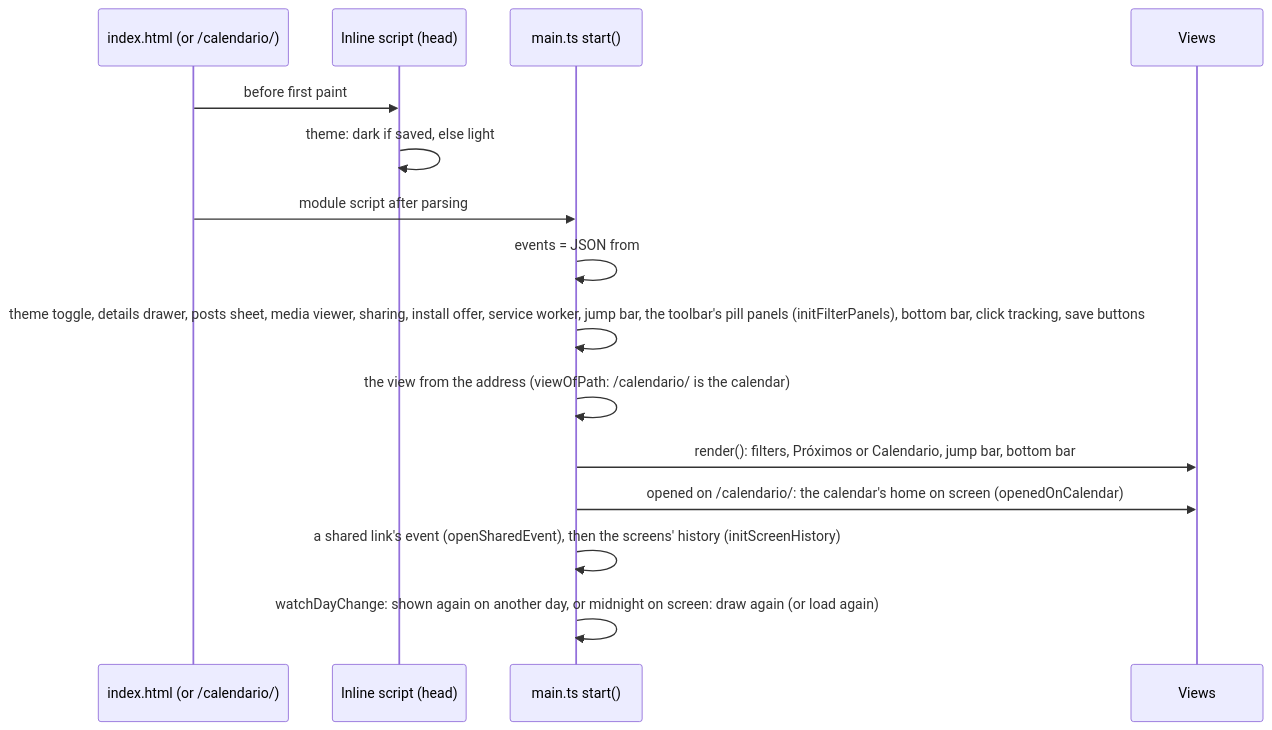
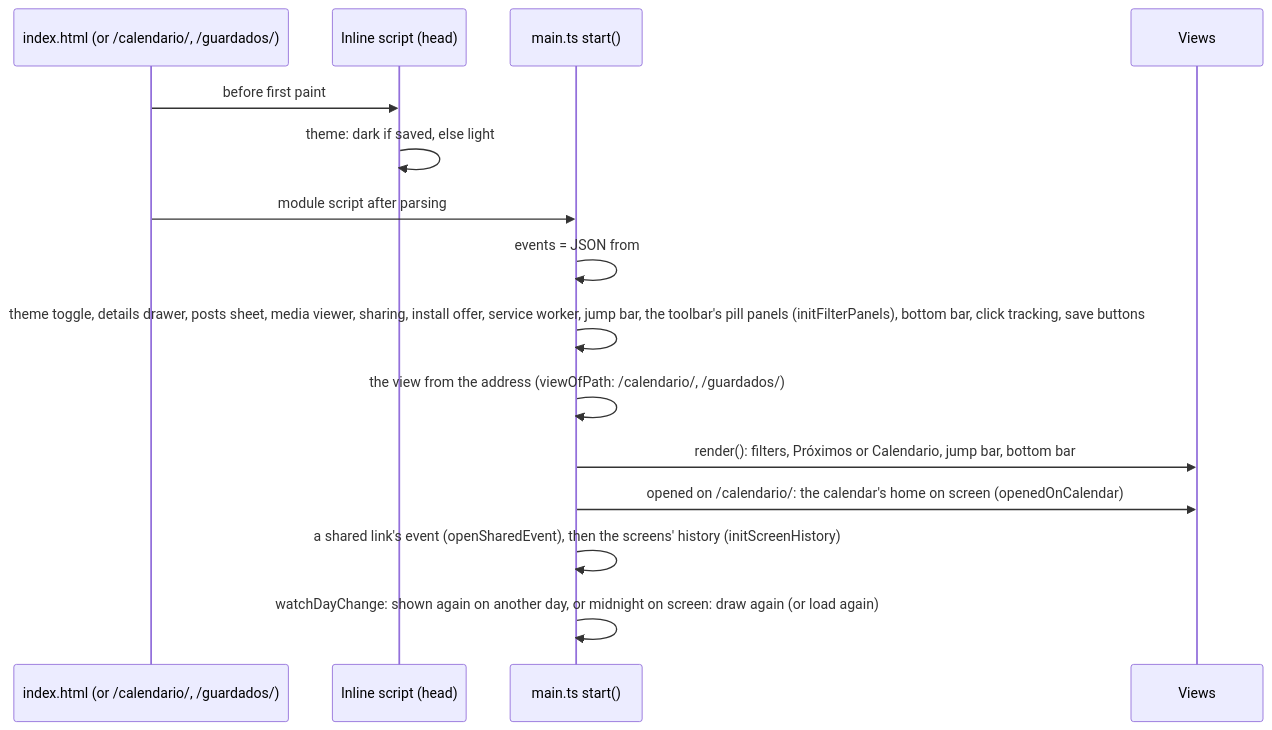
One commit to pa-bailar/pa-bailar.github.io changed the sixth of 9 diagrams in docs/ARCHITECTURE.md. Above: the diagram before and after it, drawn with Mermaid. The commit also changed other lines of this file and 36 other files, not shown here.

First line of the commit message:
feat: Guardados as its own place, with saved days marked in the calendar (#112)

````diff
--- a/docs/ARCHITECTURE.md
+++ b/docs/ARCHITECTURE.md
@@ -338,18 +340,18 @@
 ```mermaid
 sequenceDiagram
-    participant H as index.html (or /calendario/)
+    participant H as index.html (or /calendario/, /guardados/)
     participant I as Inline script (head)
     participant M as main.ts start()
     participant V as Views
 
     H->>I: before first paint
     I->>I: theme: dark if saved, else light
     H->>M: module script after parsing
     M->>M: events = JSON from #events-data
     M->>M: theme toggle, details drawer, posts sheet, media viewer, sharing, install offer, service worker, jump bar, the toolbar's pill panels (initFilterPanels), bottom bar, click tracking, save buttons
-    M->>M: the view from the address (viewOfPath: /calendario/ is the calendar)
+    M->>M: the view from the address (viewOfPath: /calendario/, /guardados/)
     M->>V: render(): filters, Próximos or Calendario, jump bar, bottom bar
     M->>V: opened on /calendario/: the calendar's home on screen (openedOnCalendar)
     M->>M: a shared link's event (openSharedEvent), then the screens' history (initScreenHistory)
     M->>M: watchDayChange: shown again on another day, or midnight on screen: draw again (or load again)
 ```
````
